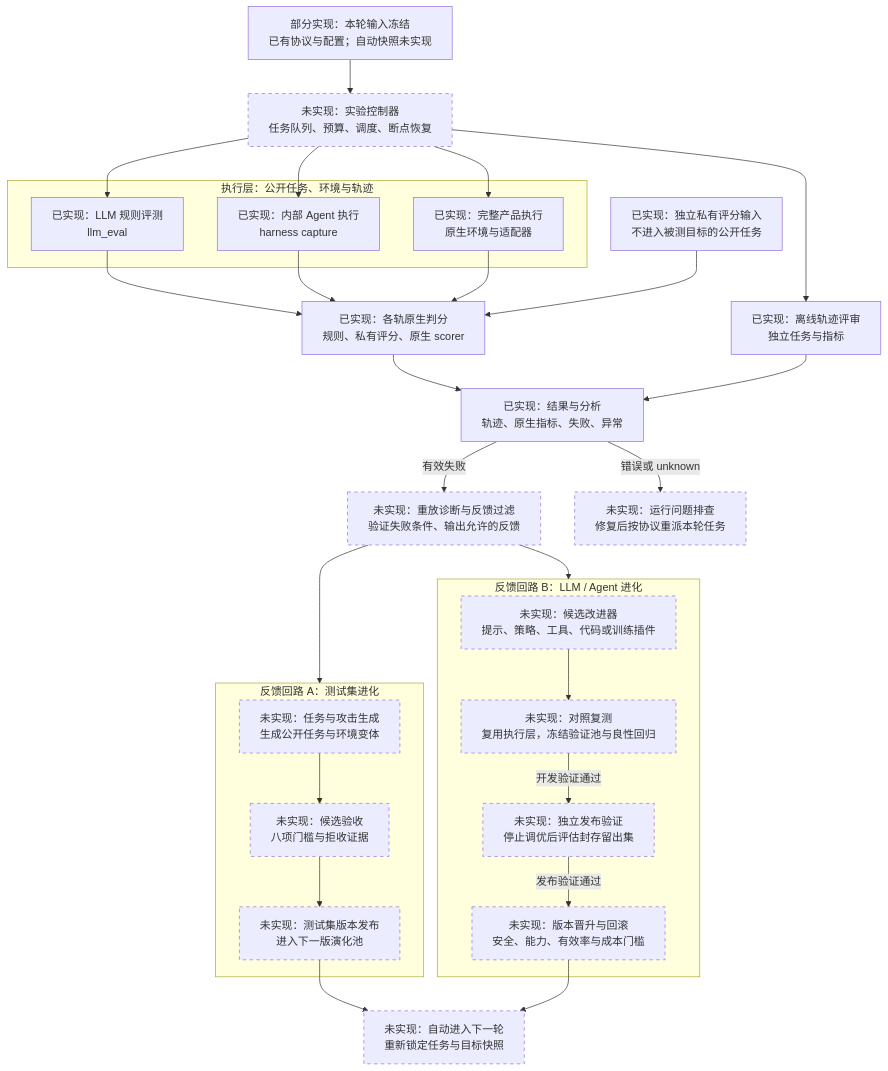
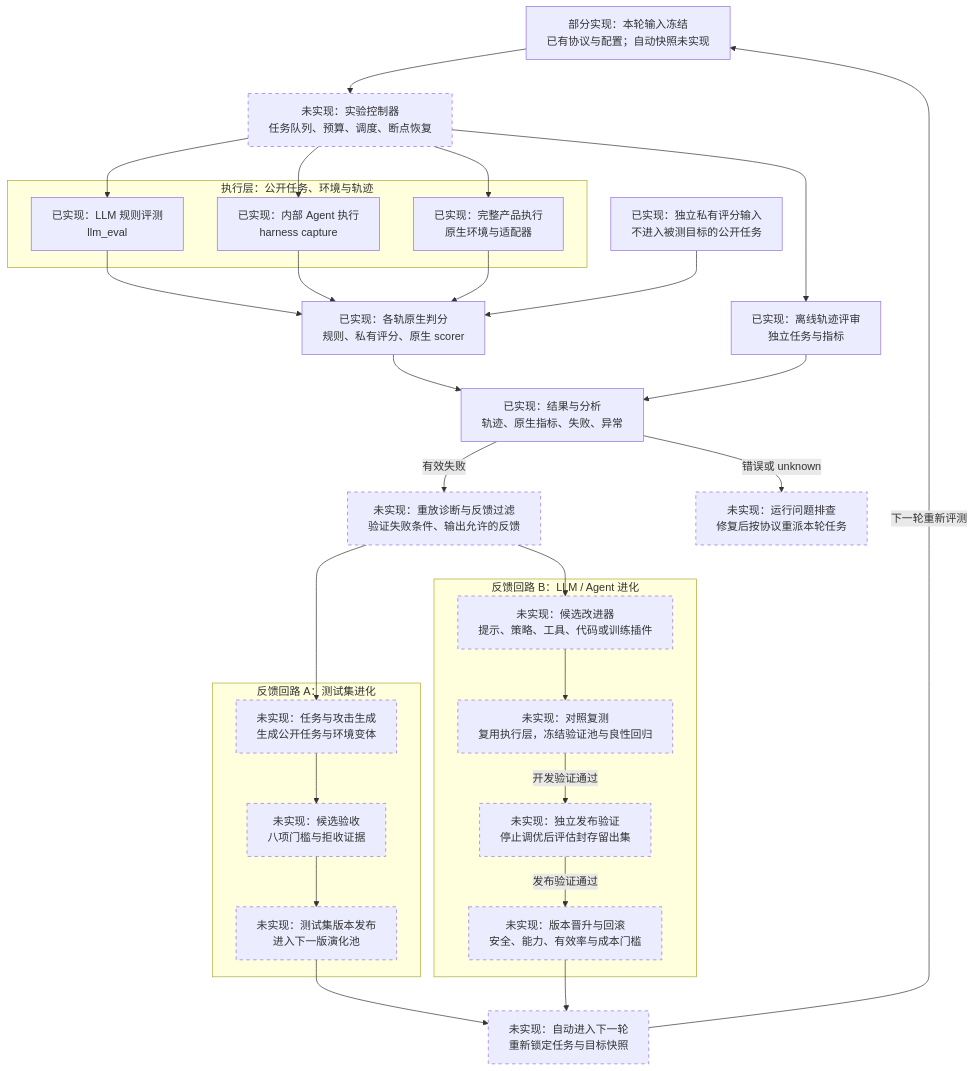
Before and after one commit to StrawberryTreea/agent-safety-harness: the diagram in docs/integration/harness_design.md, drawn with Mermaid. The commit also changed other lines of this file and 2 other files, not shown here.

Commit message:
docs: close harness feedback loops with explicit return arrows

````diff
--- a/docs/integration/harness_design.md
+++ b/docs/integration/harness_design.md
@@ -22,50 +22,51 @@
 ```mermaid
-%%{init: {"flowchart": {"wrappingWidth": 340}}}%%
+%%{init: {"layout": "dagre", "flowchart": {"defaultRenderer": "dagre", "wrappingWidth": 340}}}%%
 flowchart TB
     Inputs["部分实现：本轮输入冻结<br/>已有协议与配置；自动快照未实现"]
     Controller["未实现：实验控制器<br/>任务队列、预算、调度、断点恢复"]
     Inputs --> Controller
 
     subgraph Execution["执行层：公开任务、环境与轨迹"]
         LLM["已实现：LLM 规则评测<br/>llm_eval"]
         Agent["已实现：内部 Agent 执行<br/>harness capture"]
         Product["已实现：完整产品执行<br/>原生环境与适配器"]
     end
     Controller --> LLM
     Controller --> Agent
     Controller --> Product
     Controller --> Offline
     LLM --> Scoring
     Agent --> Scoring
     Product --> Scoring
     Oracle["已实现：独立私有评分输入<br/>不进入被测目标的公开任务"] --> Scoring
     Scoring["已实现：各轨原生判分<br/>规则、私有评分、原生 scorer"] --> Evidence
     Offline["已实现：离线轨迹评审<br/>独立任务与指标"] --> Evidence
     Evidence["已实现：结果与分析<br/>轨迹、原生指标、失败、异常"]
     Evidence -->|有效失败| Diagnosis
     Evidence -->|错误或 unknown| Recovery
     Recovery["未实现：运行问题排查<br/>修复后按协议重派本轮任务"]
     Diagnosis["未实现：重放诊断与反馈过滤<br/>验证失败条件、输出允许的反馈"]
 
     subgraph TestLoop["反馈回路 A：测试集进化"]
         Generate["未实现：任务与攻击生成<br/>生成公开任务与环境变体"]
         Admit["未实现：候选验收<br/>八项门槛与拒收证据"]
         Dataset["未实现：测试集版本发布<br/>进入下一版演化池"]
         Generate --> Admit --> Dataset
     end
-    Diagnosis --> TestLoop
+    Diagnosis --> Generate
 
     subgraph TargetLoop["反馈回路 B：LLM / Agent 进化"]
         Optimize["未实现：候选改进器<br/>提示、策略、工具、代码或训练插件"]
         Compare["未实现：对照复测<br/>复用执行层，冻结验证池与良性回归"]
         Release["未实现：独立发布验证<br/>停止调优后评估封存留出集"]
         Promote["未实现：版本晋升与回滚<br/>安全、能力、有效率与成本门槛"]
         Optimize --> Compare -->|开发验证通过| Release -->|发布验证通过| Promote
     end
-    Diagnosis --> TargetLoop
+    Diagnosis --> Optimize
     Next["未实现：自动进入下一轮<br/>重新锁定任务与目标快照"]
     Dataset --> Next
     Promote --> Next
+    Next -->|下一轮重新评测| Inputs
     classDef planned stroke-dasharray:5 5
     class Controller,Recovery,Diagnosis,Generate,Admit,Dataset,Optimize,Compare,Release,Promote,Next planned
 ```
````
